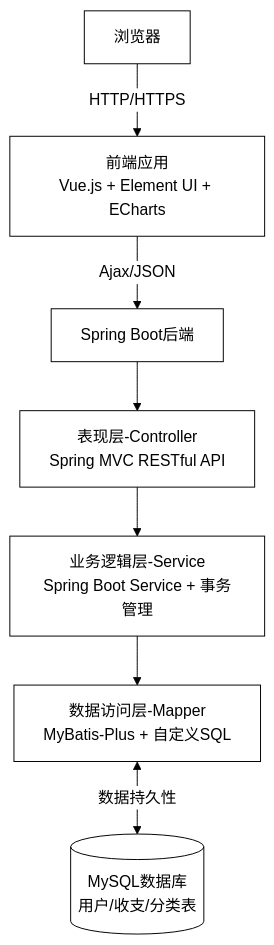
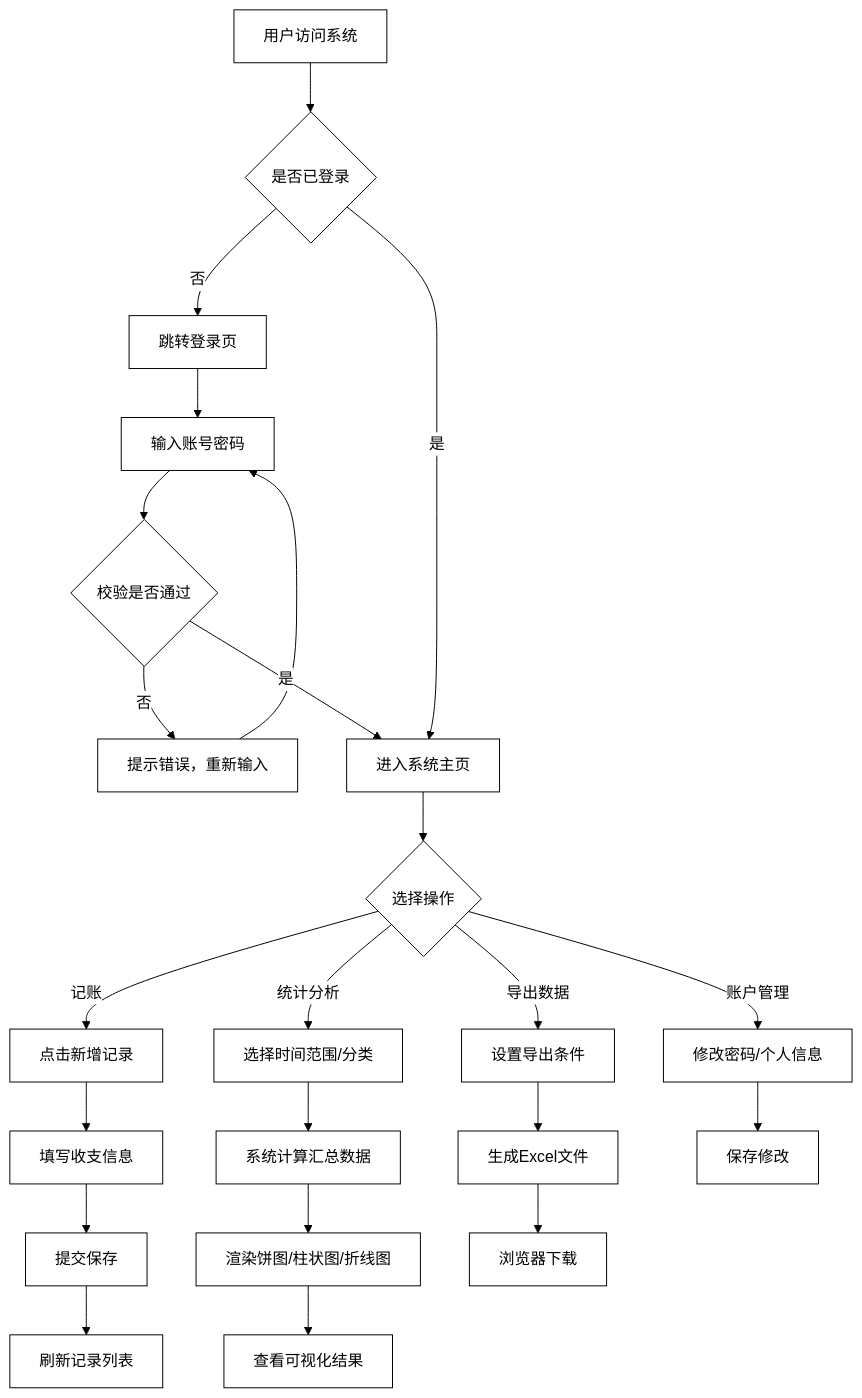
The diagram in all/未命名.md (C1010wj/iodraw-files), drawn with Mermaid before and after one commit.

Commit message:
2026-05-06 11:22:33 update

````diff
--- a/all/未命名.md
+++ b/all/未命名.md
@@ -1,31 +1,78 @@
 ```mermaid
 %%{init: {
     'theme': 'base',
     'themeVariables': {
         'primaryColor': '#ffffff',
         'primaryTextColor': '#000000',
         'primaryBorderColor': '#000000',
         'lineColor': '#000000',
         'secondaryColor': '#ffffff',
         'tertiaryColor': '#ffffff',
         'nodeBorder': '#000000',
         'clusterBkg': '#ffffff',
         'clusterBorder': '#000000'
     }
 }}%%
 flowchart TD
-    Browser[浏览器]
-    Frontend[前端应用<br/>Vue.js + Element UI + ECharts]
-    Backend[Spring Boot后端]
-    Controller[表现层-Controller<br/>Spring MVC RESTful API]
-    Service[业务逻辑层-Service<br/>Spring Boot Service + 事务管理]
-    Mapper[数据访问层-Mapper<br/>MyBatis-Plus + 自定义SQL]
-    DB[(MySQL数据库<br/>用户/收支/分类表)]
+    Start[用户访问系统]
+    IsLogin{是否已登录}
+    LoginPage[跳转登录页]
+    InputAccount[输入账号密码]
+    CheckLogin{校验是否通过}
+    LoginFail[提示错误，重新输入]
+    MainPage[进入系统主页]
+    SelectAction{选择操作}
 
-    Browser -->|HTTP/HTTPS| Frontend
-    Frontend -->|Ajax/JSON| Backend
-    Backend --> Controller
-    Controller --> Service
-    Service --> Mapper
-    Mapper <-->|数据持久性| DB
+    %% 记账流程
+    AddRecord[点击新增记录]
+    FillInfo[填写收支信息]
+    SubmitSave[提交保存]
+    RefreshList[刷新记录列表]
+
+    %% 统计分析流程
+    SelectRange[选择时间范围/分类]
+    CalcData[系统计算汇总数据]
+    RenderChart[渲染饼图/柱状图/折线图]
+    ViewResult[查看可视化结果]
+
+    %% 导出数据流程
+    SetExport[设置导出条件]
+    GenExcel[生成Excel文件]
+    Download[浏览器下载]
+
+    %% 账户管理流程
+    ModifyInfo[修改密码/个人信息]
+    SaveChange[保存修改]
+
+    %% 流程连线
+    Start --> IsLogin
+    IsLogin -->|否| LoginPage
+    LoginPage --> InputAccount
+    InputAccount --> CheckLogin
+    CheckLogin -->|否| LoginFail
+    LoginFail --> InputAccount
+    CheckLogin -->|是| MainPage
+    IsLogin -->|是| MainPage
+    MainPage --> SelectAction
+
+    %% 记账分支
+    SelectAction -->|记账| AddRecord
+    AddRecord --> FillInfo
+    FillInfo --> SubmitSave
+    SubmitSave --> RefreshList
+
+    %% 统计分析分支
+    SelectAction -->|统计分析| SelectRange
+    SelectRange --> CalcData
+    CalcData --> RenderChart
+    RenderChart --> ViewResult
+
+    %% 导出数据分支
+    SelectAction -->|导出数据| SetExport
+    SetExport --> GenExcel
+    GenExcel --> Download
+
+    %% 账户管理分支
+    SelectAction -->|账户管理| ModifyInfo
+    ModifyInfo --> SaveChange
 ```
````
